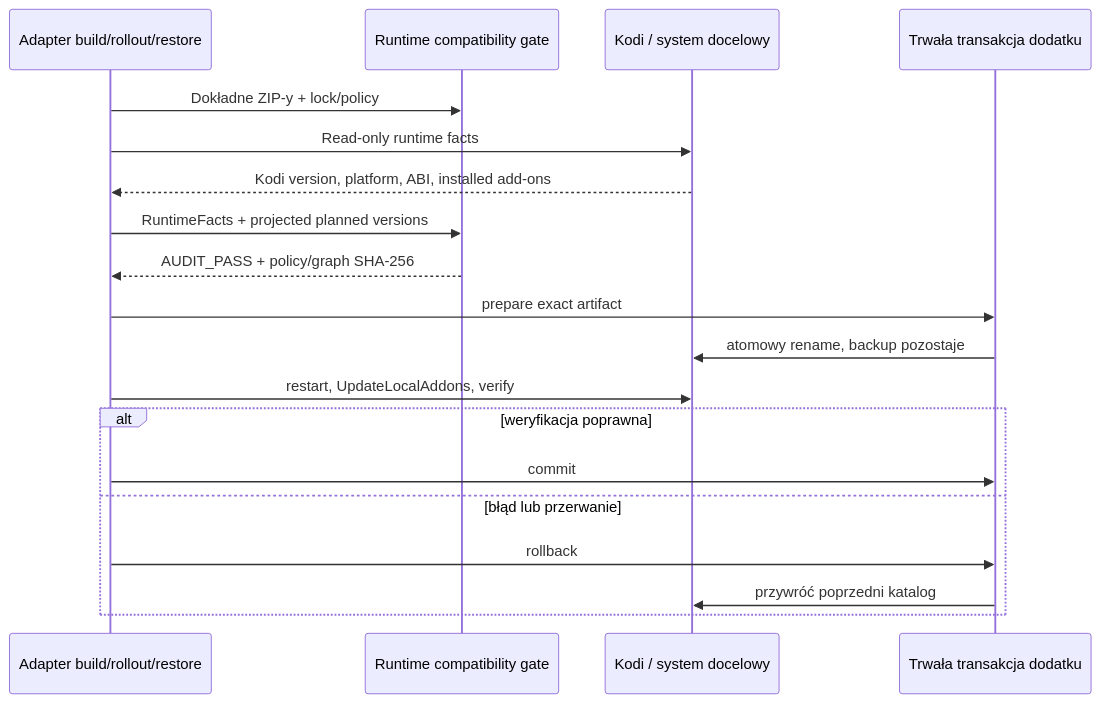
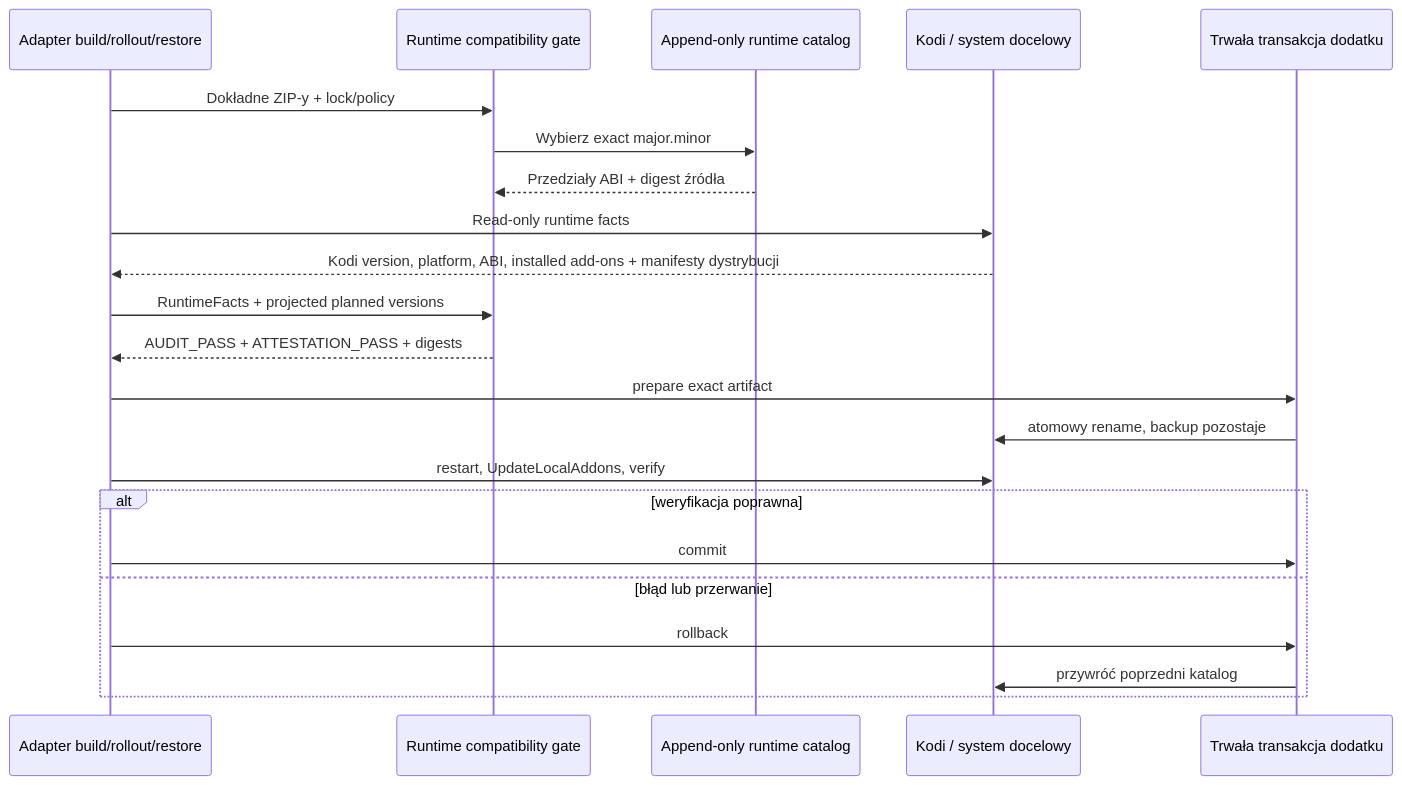
Before and after one commit to mwoDevelop/kodi: the second of 5 diagrams in docs/architecture.md, drawn with Mermaid. The commit also changed other lines of this file and 32 other files, not shown here.

First line of the commit message:
feat(kodi): decouple runtime qualification from releases (#306)

````diff
--- a/docs/architecture.md
+++ b/docs/architecture.md
@@ -190,22 +190,25 @@
 ```mermaid
 sequenceDiagram
   participant O as Adapter build/rollout/restore
   participant G as Runtime compatibility gate
+  participant C as Append-only runtime catalog
   participant K as Kodi / system docelowy
   participant T as Trwała transakcja dodatku
 
   O->>G: Dokładne ZIP-y + lock/policy
+  G->>C: Wybierz exact major.minor
+  C-->>G: Przedziały ABI + digest źródła
   O->>K: Read-only runtime facts
-  K-->>O: Kodi version, platform, ABI, installed add-ons
+  K-->>O: Kodi version, platform, ABI, installed add-ons + manifesty dystrybucji
   O->>G: RuntimeFacts + projected planned versions
-  G-->>O: AUDIT_PASS + policy/graph SHA-256
+  G-->>O: AUDIT_PASS + ATTESTATION_PASS + digests
   O->>T: prepare exact artifact
   T->>K: atomowy rename, backup pozostaje
   O->>K: restart, UpdateLocalAddons, verify
   alt weryfikacja poprawna
     O->>T: commit
   else błąd lub przerwanie
     O->>T: rollback
     T->>K: przywróć poprzedni katalog
   end
 ```
````
